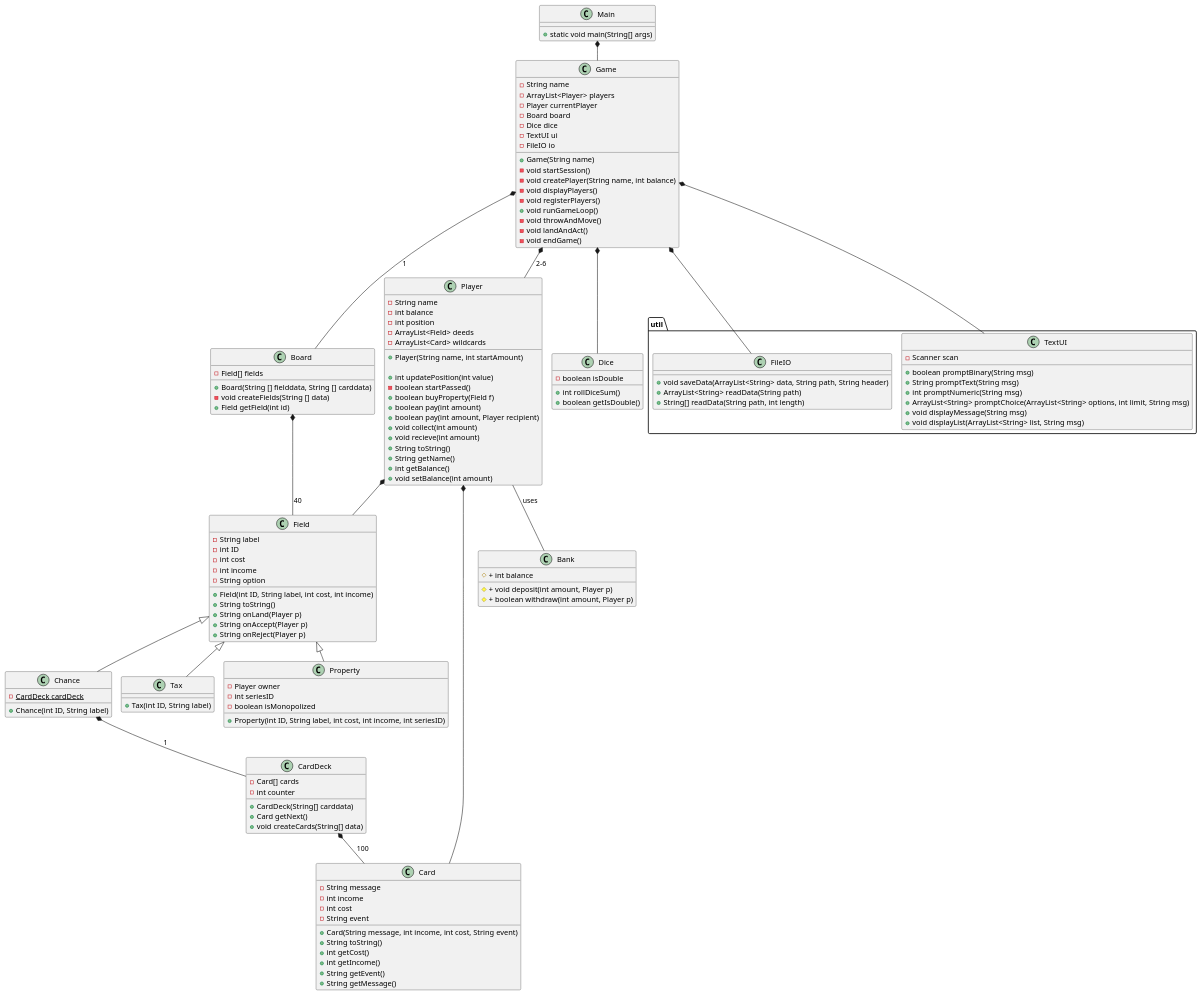
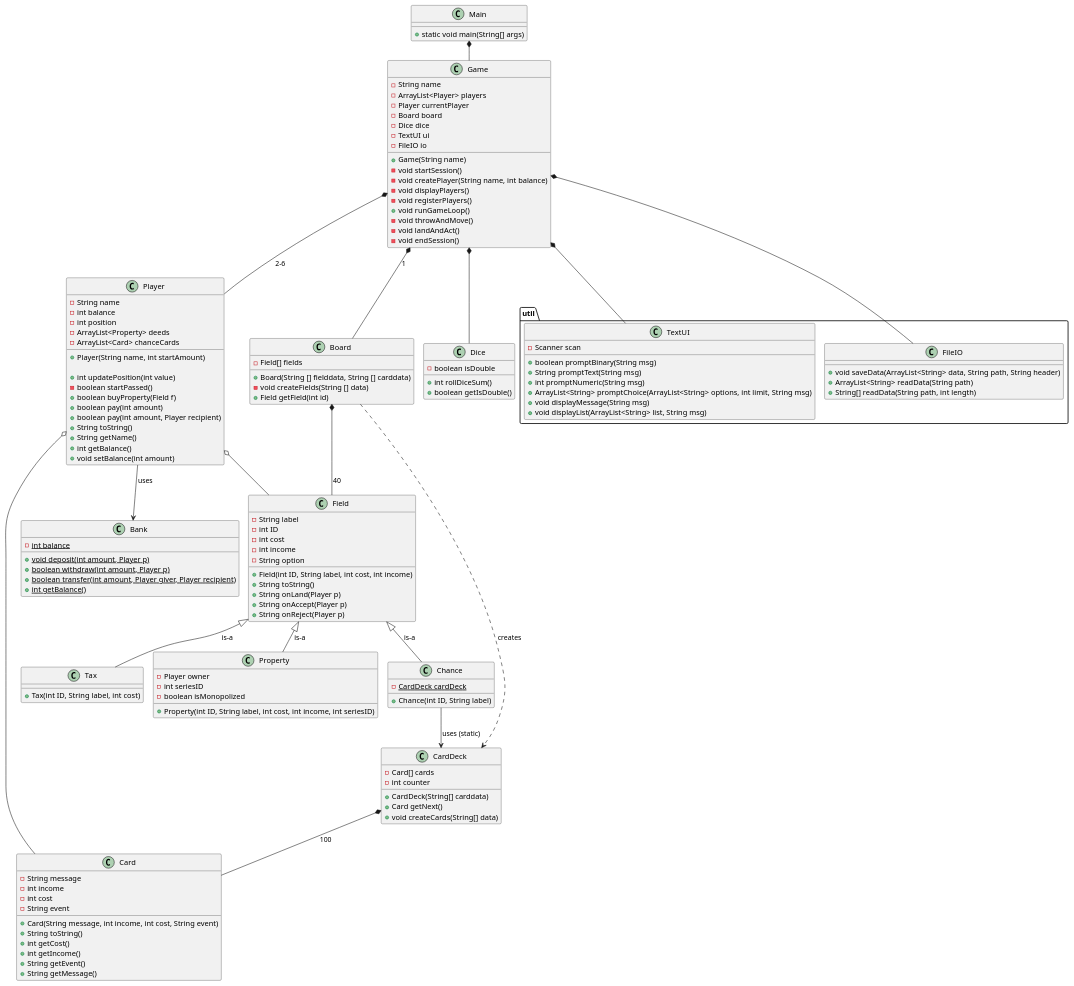
One commit to Dat1Cphbusiness/MonopolyE25 changed the diagram in doc/plan/static/classdiagram_v1.puml. Above: the diagram before and after it, drawn with PlantUML.

Commit message:
precision updates

```diff
--- a/doc/plan/static/classdiagram_v1.puml
+++ b/doc/plan/static/classdiagram_v1.puml
@@ -1,152 +1,155 @@
 @startuml
 !pragma layout smetana
 
 class Main{
 + static void main(String[] args)
 }
 
 
 
 
 class Game{
  - String name
  - ArrayList<Player> players
  - Player currentPlayer
  - Board board
  - Dice dice
  'utilities
   - TextUI ui
   - FileIO io
   'Contructor
  + Game(String name)
  'Methods
  - void startSession()
  - void createPlayer(String name, int balance)
  - void displayPlayers()
  - void registerPlayers()
  + void runGameLoop()
  - void throwAndMove()
  - void landAndAct()
- - void endGame()
+ - void endSession()
 
 }
 
 class Player{
 - String name
 - int balance
 - int position
-- ArrayList<Field> deeds
-- ArrayList<Card> wildcards
+- ArrayList<Property> deeds
+- ArrayList<Card> chanceCards
 
 + Player(String name, int startAmount)
 
 + int updatePosition(int value)
 - boolean startPassed()
 + boolean buyProperty(Field f)
 + boolean pay(int amount)
 + boolean pay(int amount, Player recipient)
-+ void collect(int amount)
-+ void recieve(int amount)
 + String toString()
 + String getName()
 + int getBalance()
 + void setBalance(int amount)
 }
 
 class Bank{
-#+ int balance
-# + void deposit(int amount, Player p)
-# + boolean withdraw(int amount, Player p)
+- {static} int balance
++ {static} void deposit(int amount, Player p)
++ {static} boolean withdraw(int amount, Player p)
++ {static} boolean transfer(int amount, Player giver, Player recipient)
++ {static} int getBalance()
 }
 
 class Field{
  - String label
  - int ID
  - int cost
  - int income
  - String option
  + Field(int ID, String label, int cost, int income)
  + String toString()
  + String onLand(Player p)
  + String onAccept(Player p)
  + String onReject(Player p)
 }
 class Board{
  - Field[] fields
  + Board(String [] fielddata, String [] carddata)
 'konstruktoren instansierer CardDeck med carddata som argument og tildeler til Chance.cardDeck
  - void createFields(String [] data)
  + Field getField(int id)
 
 }
-class Property extends Field{
+class Property{
  - Player owner
  - int seriesID
  - boolean isMonopolized
  + Property(int ID, String label, int cost, int income, int seriesID)
 }
 
-class Chance extends Field{
+class Chance{
  - {static} CardDeck cardDeck
  + Chance(int ID, String label)
 }
-class Tax extends Field{
-
- + Tax(int ID, String label)
+class Tax{
+ + Tax(int ID, String label, int cost)
 }
 class CardDeck {
 - Card[] cards
 - int counter
 + CardDeck(String[] carddata)
 + Card getNext()
 + void createCards(String[] data)
 }
 class Card{
 -String message
 -int income
 -int cost
 -String event
 +Card(String message, int income, int cost, String event)
 +String toString()
 + int getCost()
 + int getIncome()
 + String getEvent()
 + String getMessage()
 }
 
 class Dice{
  - boolean isDouble
  +int rollDiceSum()
  +boolean getIsDouble()
  }
 package "util" {
 class TextUI {
 - Scanner scan
 + boolean promptBinary(String msg)
 + String promptText(String msg)
 + int promptNumeric(String msg)
 + ArrayList<String> promptChoice(ArrayList<String> options, int limit, String msg)
 + void displayMessage(String msg)
 + void displayList(ArrayList<String> list, String msg)
 }
 
 class FileIO{
 + void saveData(ArrayList<String> data, String path, String header)
 + ArrayList<String> readData(String path)
 + String[] readData(String path, int length)
 }
 }
+Field <|-- Property: is-a
+Field <|-- Chance: is-a
+Field <|-- Tax: is-a
 Game *-- TextUI
 Main *-- Game
 Game *-- Player: 2-6
 Game *-- FileIO
-Player -- Bank:uses
+Player --> Bank:uses
 Game *-- Board:1
 Board *-- Field:40
-Chance *-- CardDeck:1
+Board ..> CardDeck : creates
+Chance --> CardDeck : uses (static)
 CardDeck *-- Card:100
 Game *-- Dice
-Player *-- Card
-Player *-- Field
+Player o-- Card
+Player o-- Field
 
 @enduml
```
